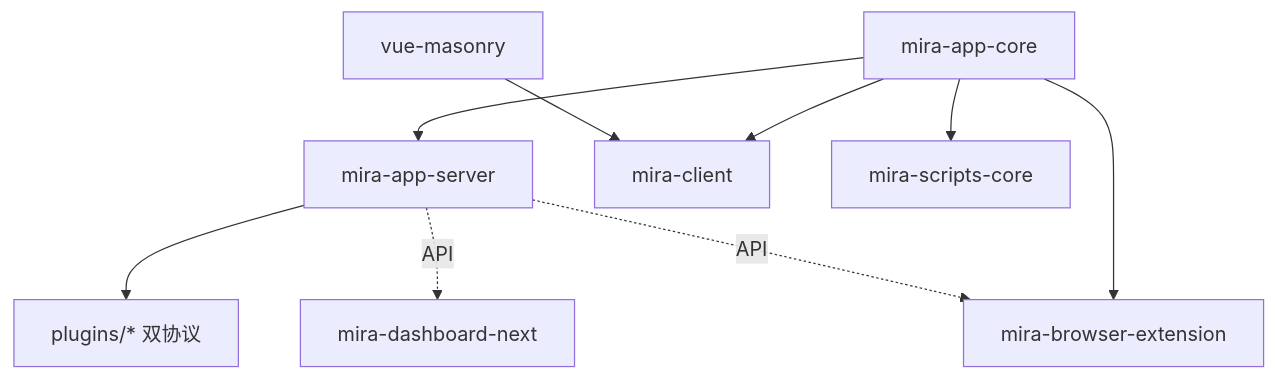
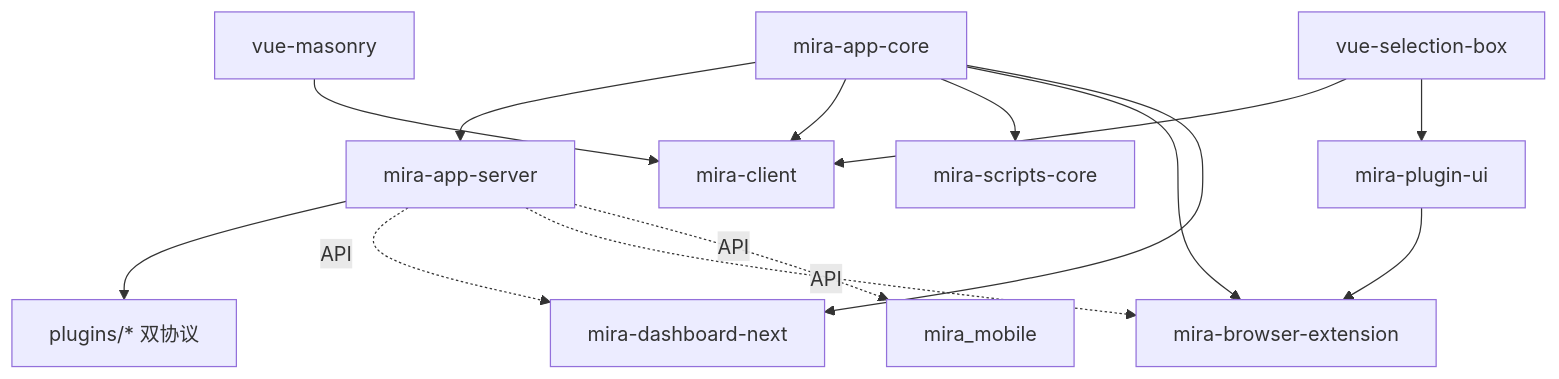
One commit to hunmer/mira changed the diagram in claude/module-index.md. Above: the diagram before and after it, drawn with Mermaid. The commit also changed other lines of this file and 124 other files, not shown here.

````diff
--- a/claude/module-index.md
+++ b/claude/module-index.md
@@ -130,20 +162,28 @@
 ```mermaid
 graph TD
   core[mira-app-core]
   server[mira-app-server]
   client[mira-client]
   dash[mira-dashboard-next]
   ext[mira-browser-extension]
+  mobile[mira_mobile]
   scripts[mira-scripts-core]
   vmason[vue-masonry]
+  vsel[vue-selection-box]
+  pui[mira-plugin-ui]
   plugins[plugins/* 双协议]
 
   core --> server
   core --> client
   core --> scripts
   core --> ext
+  core --> dash
   vmason --> client
+  vsel --> client
+  vsel --> pui
+  pui --> ext
   server --> plugins
   server -.API.-> dash
   server -.API.-> ext
+  server -.API.-> mobile
 ```
````
